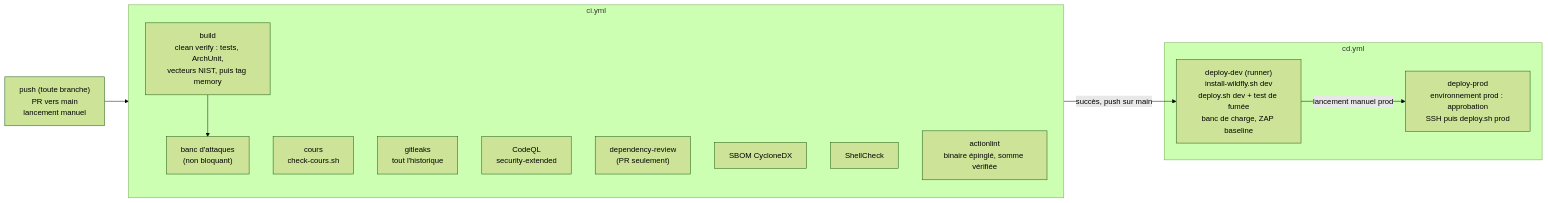
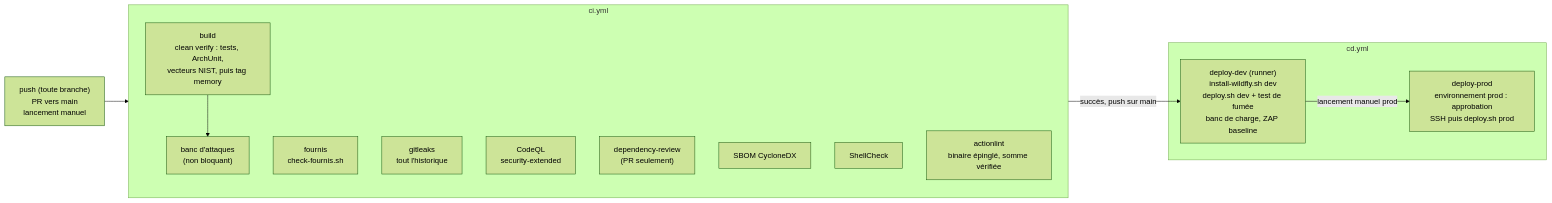
The diagram in docs/ci-cd.md (Amal-wa/MedImage-Trust), drawn with Mermaid (forest theme) before and after one commit. The commit also changed other lines of this file and 9 other files, not shown here.

````diff
--- a/docs/ci-cd.md
+++ b/docs/ci-cd.md
@@ -5,25 +5,25 @@
 ```mermaid
 flowchart LR
     push["push (toute branche)<br/>PR vers main<br/>lancement manuel"] --> CI
 
     subgraph CI["ci.yml"]
         build["build<br/>clean verify : tests, ArchUnit,<br/>vecteurs NIST, puis tag memory"]
-        cours["cours<br/>check-cours.sh"]
+        fournis["fournis<br/>check-fournis.sh"]
         gitleaks["gitleaks<br/>tout l'historique"]
         codeql["CodeQL<br/>security-extended"]
         depr["dependency-review<br/>(PR seulement)"]
         sbom["SBOM CycloneDX"]
         shell["ShellCheck"]
         alint["actionlint<br/>binaire épinglé, somme vérifiée"]
         attack["banc d'attaques<br/>(non bloquant)"]
         build --> attack
     end
 
     CI -- "succès, push sur main" --> dev
 
     subgraph CD["cd.yml"]
         dev["deploy-dev (runner)<br/>install-wildfly.sh dev<br/>deploy.sh dev + test de fumée<br/>banc de charge, ZAP baseline"]
         prod["deploy-prod<br/>environnement prod : approbation<br/>SSH puis deploy.sh prod"]
         dev -- "lancement manuel prod" --> prod
     end
 ```
````
